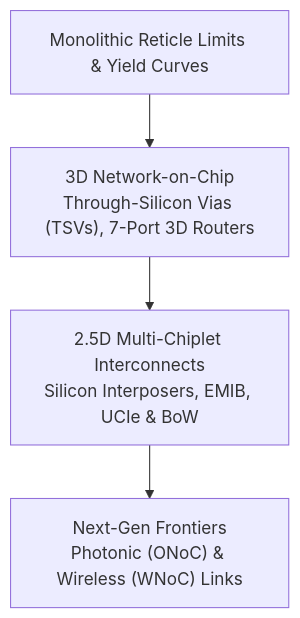
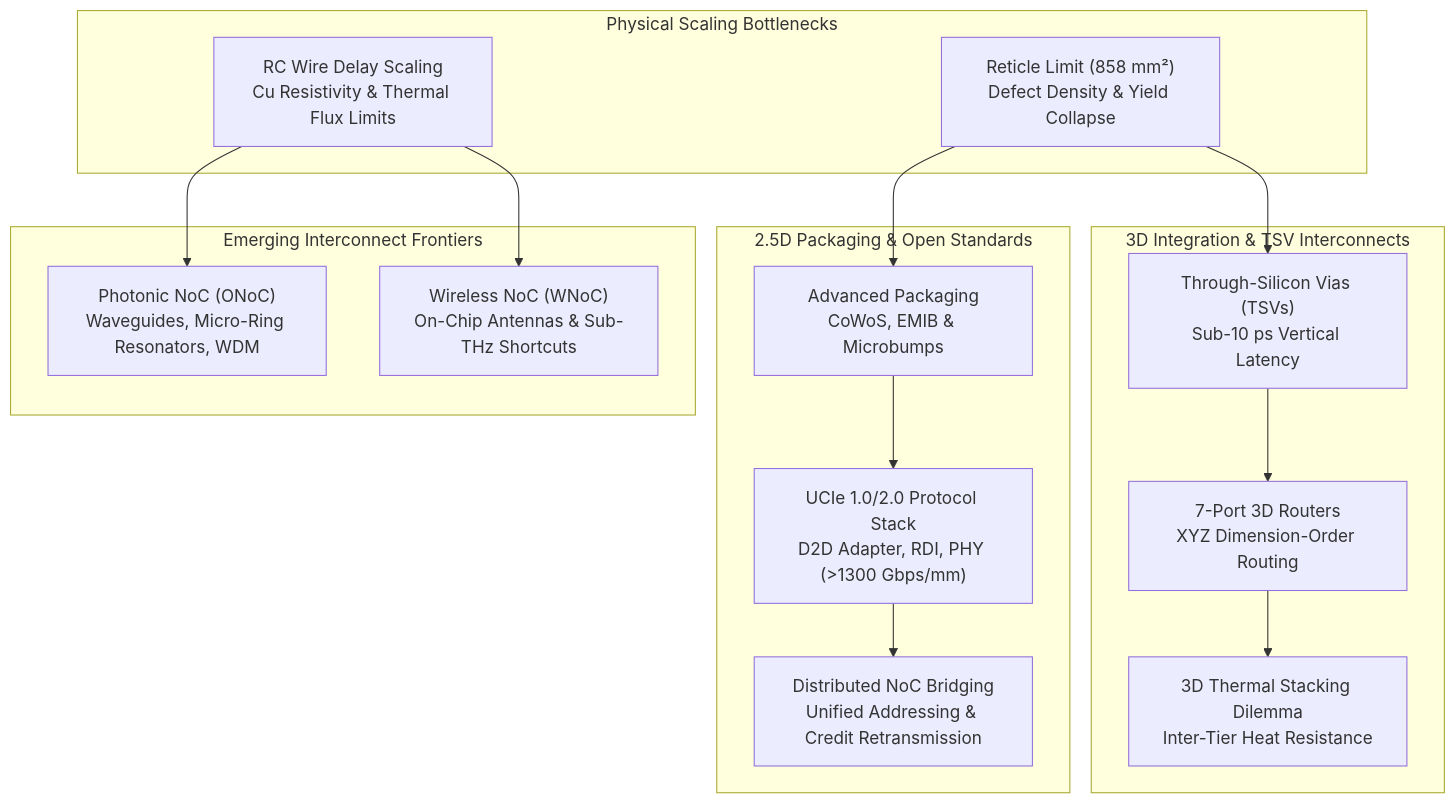
Before and after one commit to network-on-chip/learning: the diagram in docs/track6-chiplets-and-3d/index.md, drawn with Mermaid. The commit also changed other lines of this file and 17 other files, not shown here.

Commit message:
Upgrade Track 6: Chiplets, 3D NoC & Emerging Frontiers with 4 lessons, 4 interactive simulators, and UCIe trade-off engine

````diff
--- a/docs/track6-chiplets-and-3d/index.md
+++ b/docs/track6-chiplets-and-3d/index.md
@@ -11,6 +11,31 @@
 ```mermaid
 graph TD
-  A["Monolithic Reticle Limits & Yield Curves"] --> B["3D Network-on-Chip<br/>Through-Silicon Vias (TSVs), 7-Port 3D Routers"]
-  B --> C["2.5D Multi-Chiplet Interconnects<br/>Silicon Interposers, EMIB, UCIe & BoW"]
-  C --> D["Next-Gen Frontiers<br/>Photonic (ONoC) & Wireless (WNoC) Links"]
+  subgraph Moore ["Physical Scaling Bottlenecks"]
+    A["Reticle Limit (858 mm²)<br/>Defect Density & Yield Collapse"]
+    B["RC Wire Delay Scaling<br/>Cu Resistivity & Thermal Flux Limits"]
+  end
+
+  subgraph Stacking ["3D Integration & TSV Interconnects"]
+    C["Through-Silicon Vias (TSVs)<br/>Sub-10 ps Vertical Latency"]
+    D["7-Port 3D Routers<br/>XYZ Dimension-Order Routing"]
+    E["3D Thermal Stacking Dilemma<br/>Inter-Tier Heat Resistance"]
+  end
+
+  subgraph Chiplets ["2.5D Packaging & Open Standards"]
+    F["Advanced Packaging<br/>CoWoS, EMIB & Microbumps"]
+    G["UCIe 1.0/2.0 Protocol Stack<br/>D2D Adapter, RDI, PHY (>1300 Gbps/mm)"]
+    H["Distributed NoC Bridging<br/>Unified Addressing & Credit Retransmission"]
+  end
+
+  subgraph Frontiers ["Emerging Interconnect Frontiers"]
+    I["Photonic NoC (ONoC)<br/>Waveguides, Micro-Ring Resonators, WDM"]
+    J["Wireless NoC (WNoC)<br/>On-Chip Antennas & Sub-THz Shortcuts"]
+  end
+
+  A --> C
+  A --> F
+  B --> I
+  B --> J
+  C --> D --> E
+  F --> G --> H
 ```
````
